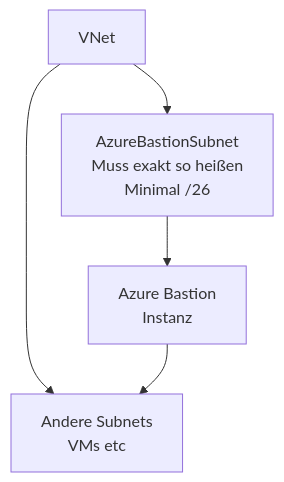
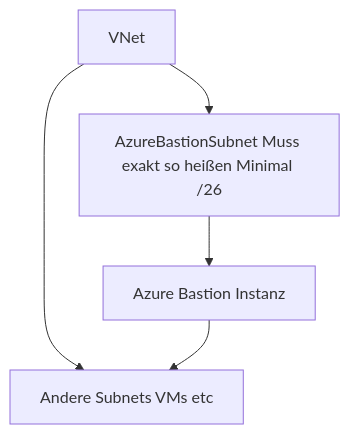
Before and after one commit to SoniiiT/notes-n-docs: the second of 2 diagrams in Microsoft 365/Azure/Netzwerk/Azure Bastion.md, drawn with Mermaid. The commit also changed other lines of this file and 124 other files, not shown here.

First line of the commit message:
fix: Entferne \n aus allen Mermaid-Diagrammen (125 Dateien)

````diff
--- a/Microsoft 365/Azure/Netzwerk/Azure Bastion.md
+++ b/Microsoft 365/Azure/Netzwerk/Azure Bastion.md
@@ -67,7 +67,7 @@
 ```mermaid
 graph TD
-    VNET[VNet] --> BASTION_SNET[AzureBastionSubnet\nMuss exakt so heißen\nMinimal /26]
-    VNET --> OTHER_SNET[Andere Subnets\nVMs etc]
-    BASTION_SNET --> BASTION[Azure Bastion\nInstanz]
+    VNET[VNet] --> BASTION_SNET[AzureBastionSubnet Muss exakt so heißen Minimal /26]
+    VNET --> OTHER_SNET[Andere Subnets VMs etc]
+    BASTION_SNET --> BASTION[Azure Bastion Instanz]
     BASTION --> OTHER_SNET
 ```
````
